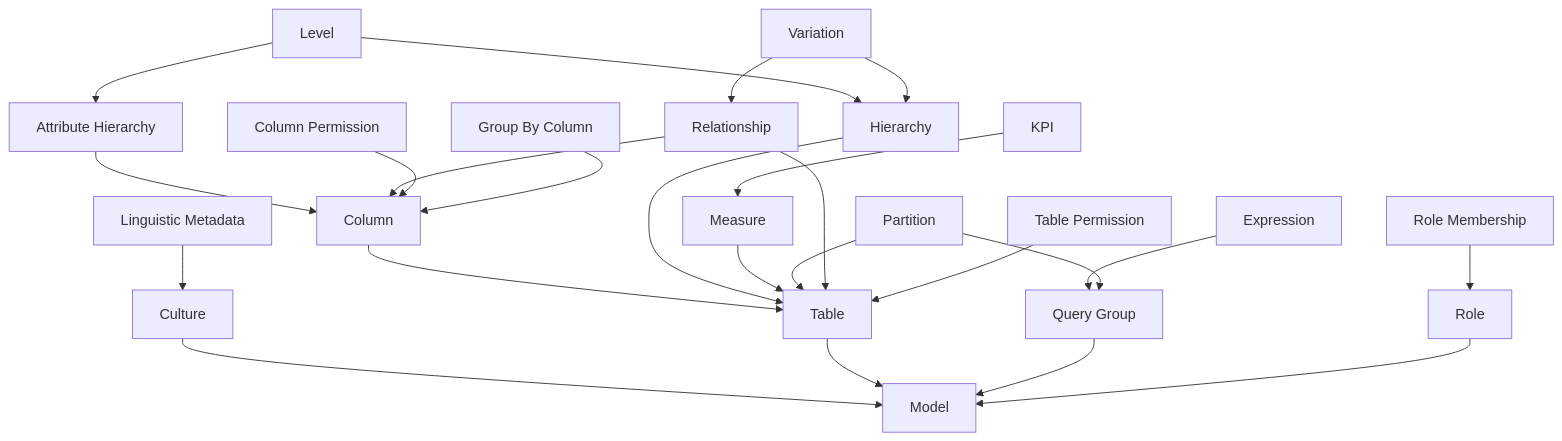
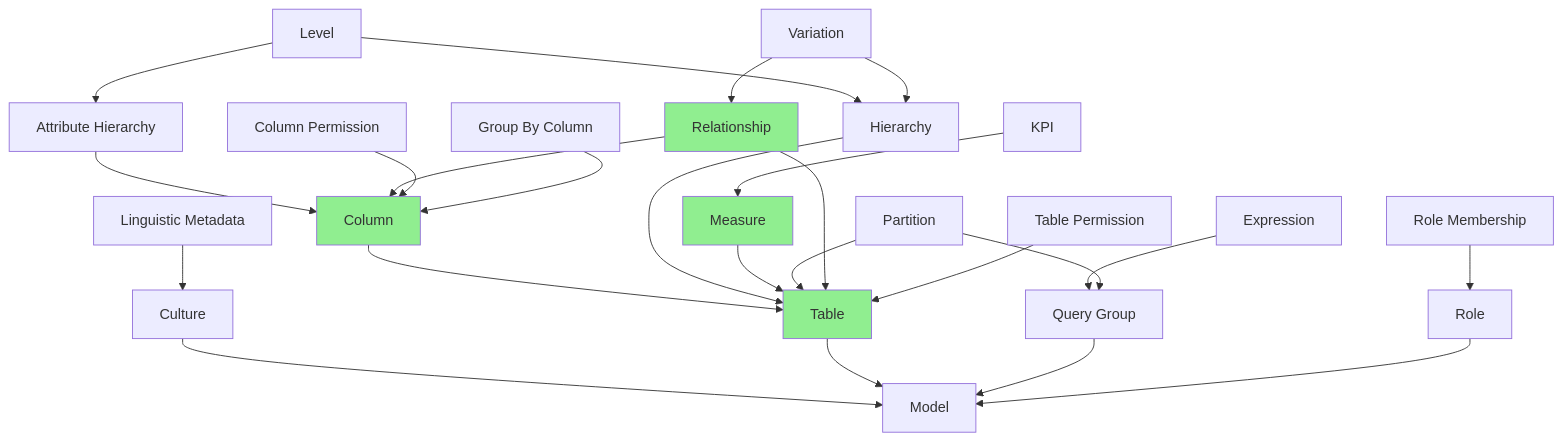
The diagram in docs/docs/SSAS/SSAS_ERD.md (douglassimonsen/pbi_core), drawn with Mermaid before and after one commit. The commit also changed other lines of this file and 13 other files, not shown here.

````diff
--- a/docs/docs/SSAS/SSAS_ERD.md
+++ b/docs/docs/SSAS/SSAS_ERD.md
@@ -1,43 +1,67 @@
 ```mermaid
 
 flowchart TD
   attribute_hierarchy[Attribute Hierarchy]
-  
   
   column_permission[Column Permission]
   column[Column]
   culture[Culture]
   
   expression[Expression]
   
   
   group_by_column[Group By Column]
   hierarchy[Hierarchy]
   kpi[KPI]
   level[Level]
   linguistic_metadata[Linguistic Metadata]
   measure[Measure]
   model[Model]
   partition[Partition]
 
   query_group[Query Group]
   relationship[Relationship]
   role_membership[Role Membership]
   role[Role]
   
   table_permission[Table Permission]
   table[Table]
   variation[Variation]
 
   level --> attribute_hierarchy --> column
   relationship & column_permission & group_by_column --> column --> table
   linguistic_metadata --> culture --> model
   expression --> query_group
   level & variation --> hierarchy --> table
   kpi --> measure --> table --> model
   partition --> table & query_group
   query_group --> model
   variation --> relationship --> table
   role_membership --> role --> model
   table_permission --> table
+
+  classDef important fill:#90EE90;
+  class table,column,measure,relationship important;
+
+
+  click attribute_hierarchy "../entities/attribute_hierarchy/reference/"
+  click column_permission "../entities/column_permission/reference/"
+  click column "../entities/column/reference/"
+  click culture "../entities/culture/reference/"
+  click expression "../entities/expression/reference/"
+  click group_by_column "../entities/group_by_column/reference/"
+  click hierarchy "../entities/hierarchy/reference/"
+  click kpi "../entities/kpi/reference/"
+  click level "../entities/level/reference/"
+  click linguistic_metadata "../entities/linguistic_metadata/reference/"
+  click measure "../entities/measure/reference/"
+  click model "../entities/model/reference/"
+  click partition "../entities/partition/reference/"
+  click query_group "../entities/query_group/reference/"
+  click relationship "../entities/relationship/reference/"
+  click role_membership "../entities/role_membership/reference/"
+  click role "../entities/role/reference/"
+  click table_permission "../entities/table_permission/reference/"
+  click table "../entities/table/reference/"
+  click variation "../entities/variation/reference/"
 ```
````
